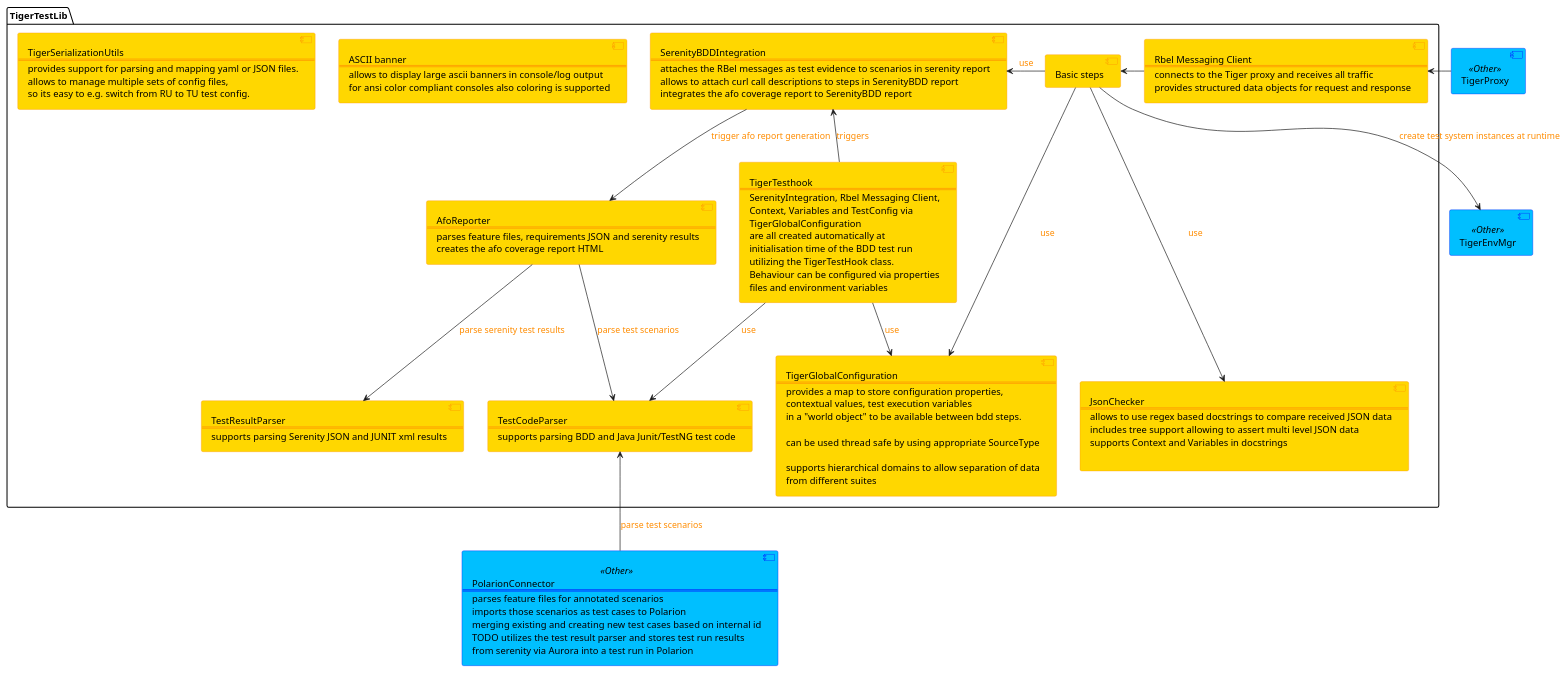
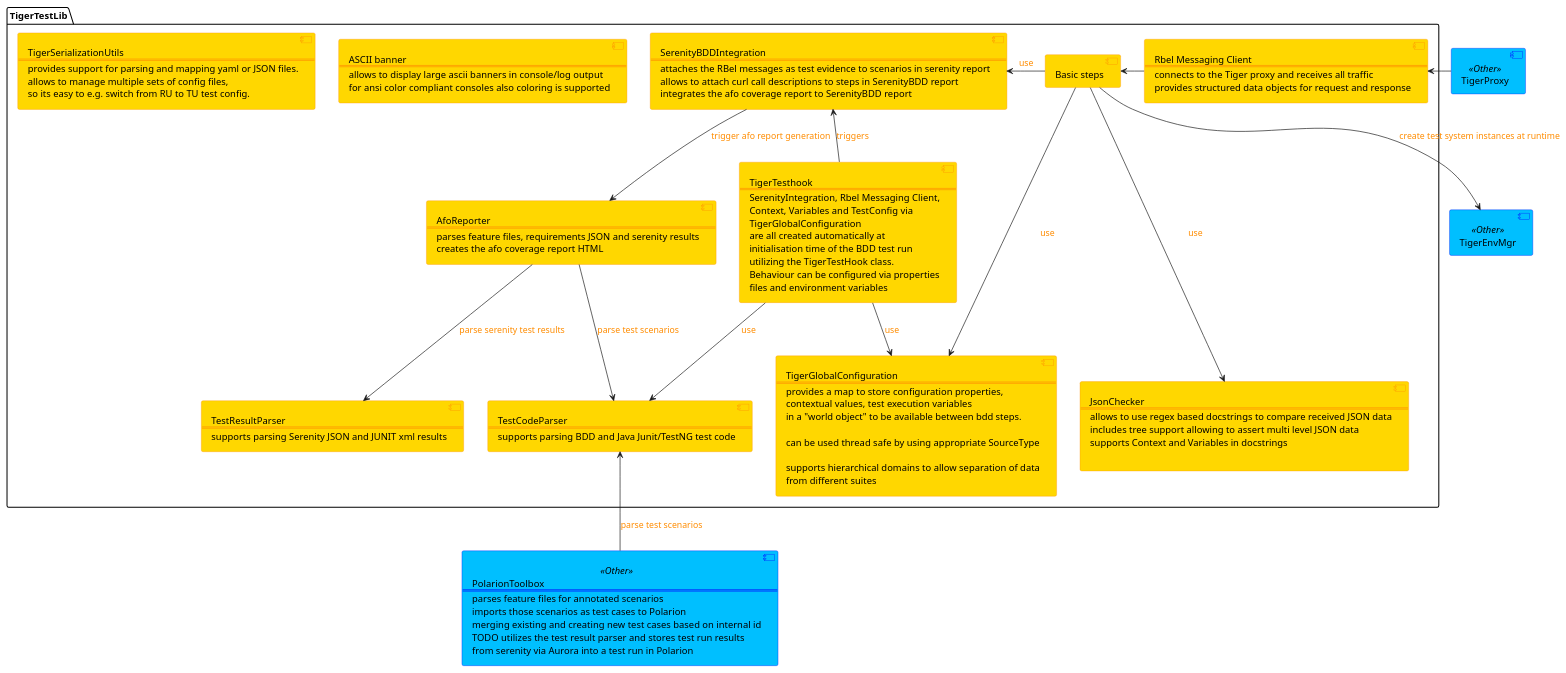
The diagram in doc/specification/tiger-test-lib_components.puml (gematik/app-Tiger), drawn with PlantUML before and after one commit. The commit also changed 55 other files, not shown here.

```diff
--- a/doc/specification/tiger-test-lib_components.puml
+++ b/doc/specification/tiger-test-lib_components.puml
@@ -1,125 +1,125 @@
 @startuml
 skinparam component {
     BackgroundColor Gold
     BorderColor DarkOrange
     BackgroundColor<<External>> LightGray
     BorderColor<<External>> Blue
     BackgroundColor<<Idp>> LightGreen
     BorderColor<<Idp>> Green
     BackgroundColor<<Other>> DeepSkyBlue
     BorderColor<<Other>> Blue
     BackgroundColor<<NextRelease>> LightGray
     FontColor<<NextRelease>> Gray
     BorderColor<<NextRelease>> Gray
     ArrowColor<<HTTP>> DodgerBlue
     FontColor<<HTTP>> Gray
     ArrowFontColor DarkOrange
     ArrowThickness 1
 }
 
 skinparam interface {
     BorderColor<<HTTP>> DodgerBlue
 }
 
     component TigerProxy as tp <<Other>>
     component TigerEnvMgr as tem <<Other>>
-    component polc <<Other>> [PolarionConnector
+    component polc <<Other>> [PolarionToolbox
       ===
       parses feature files for annotated scenarios
       imports those scenarios as test cases to Polarion
       merging existing and creating new test cases based on internal id
       TODO utilizes the test result parser and stores test run results
       from serenity via Aurora into a test run in Polarion
     ]
 
     package TigerTestLib {
       component "Basic steps" as bs
       component jsonchck [JsonChecker
         ===
         allows to use regex based docstrings to compare received JSON data
         includes tree support allowing to assert multi level JSON data
         supports Context and Variables in docstrings
 
       ]
       component tgcfg [TigerGlobalConfiguration
         ===
         provides a map to store configuration properties,
         contextual values, test execution variables
         in a "world object" to be available between bdd steps.
 
         can be used thread safe by using appropriate SourceType
 
         supports hierarchical domains to allow separation of data
         from different suites
       ]
 '        similar to Context provides a map based storage for
 '        variables that can be used with ${VAR.xxxxx} in steps
       component rbelcli [Rbel Messaging Client
         ===
         connects to the Tiger proxy and receives all traffic
         provides structured data objects for request and response
       ]
       component aforep [AfoReporter
         ===
         parses feature files, requirements JSON and serenity results
         creates the afo coverage report HTML
       ]
       component codepars [TestCodeParser
         ===
         supports parsing BDD and Java Junit/TestNG test code
       ]
       component resparse [TestResultParser
         ===
         supports parsing Serenity JSON and JUNIT xml results
       ]
       component serint [SerenityBDDIntegration
         ===
         attaches the RBel messages as test evidence to scenarios in serenity report
         allows to attach curl call descriptions to steps in SerenityBDD report
         integrates the afo coverage report to SerenityBDD report
       ]
       component banner [ASCII banner
         ===
         allows to display large ascii banners in console/log output
         for ansi color compliant consoles also coloring is supported
       ]
       component testcfg [TigerSerializationUtils
         ===
         provides support for parsing and mapping yaml or JSON files.
         allows to manage multiple sets of config files,
         so its easy to e.g. switch from RU to TU test config.
       ]
 
       component tth [TigerTesthook
         ===
         SerenityIntegration, Rbel Messaging Client,
         Context, Variables and TestConfig via
         TigerGlobalConfiguration
         are all created automatically at
         initialisation time of the BDD test run
         utilizing the TigerTestHook class.
         Behaviour can be configured via properties
         files and environment variables
       ]
     }
 
     aforep -down-> codepars : parse test scenarios
     aforep -down-> resparse : parse serenity test results
 
     polc -up-> codepars : parse test scenarios
 
     serint -down-> aforep : trigger afo report generation
 
     bs -down-> tgcfg : use
     bs -down--> jsonchck : use
     bs -left-> serint : use
 
     bs -down-> tem : create test system instances at runtime
 
     bs <-right- rbelcli
     tp -left-> rbelcli
 
     tth --> codepars: use
     tth -up-> serint : triggers
     tth --> tgcfg: use
 @enduml
```
